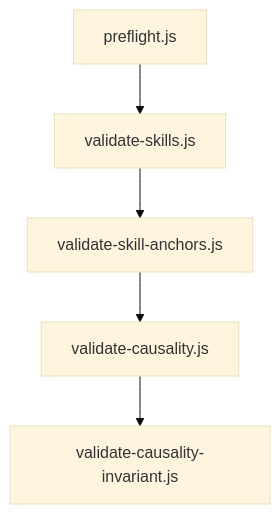
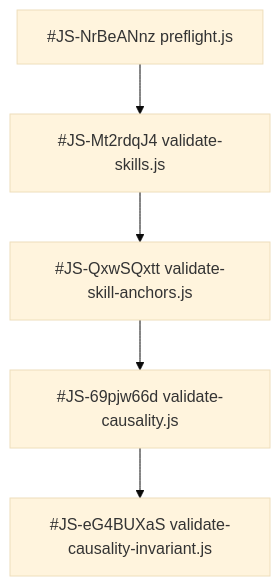
One commit to aoponomarev/mmb changed the first of 6 diagrams in docs/ais/ais-anti-staleness.md. Above: the diagram before and after it, drawn with Mermaid (base theme). The commit also changed other lines of this file and 31 other files, not shown here.

````diff
--- a/docs/ais/ais-anti-staleness.md
+++ b/docs/ais/ais-anti-staleness.md
@@ -38,8 +38,8 @@
 ```mermaid
 flowchart TB
-    P1[preflight.js]
-    P1 --> VS[validate-skills.js]
-    VS --> VSA[validate-skill-anchors.js]
-    VSA --> VC[validate-causality.js]
-    VC --> VCI[validate-causality-invariant.js]
+    P1[#JS-NrBeANnz preflight.js]
+    P1 --> VS[#JS-Mt2rdqJ4 validate-skills.js]
+    VS --> VSA[#JS-QxwSQxtt validate-skill-anchors.js]
+    VSA --> VC[#JS-69pjw66d validate-causality.js]
+    VC --> VCI[#JS-eG4BUXaS validate-causality-invariant.js]
 ```
````
